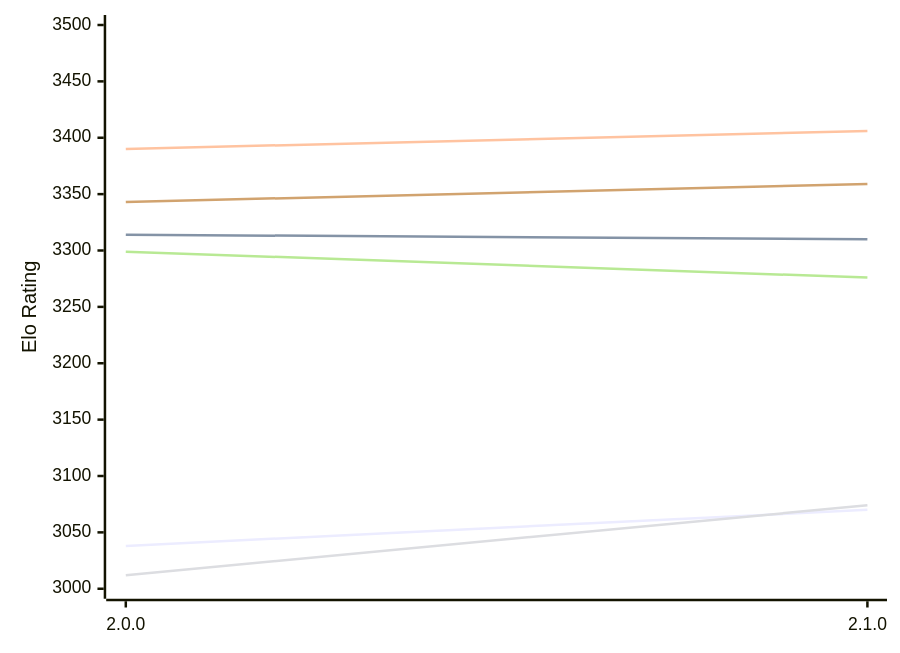
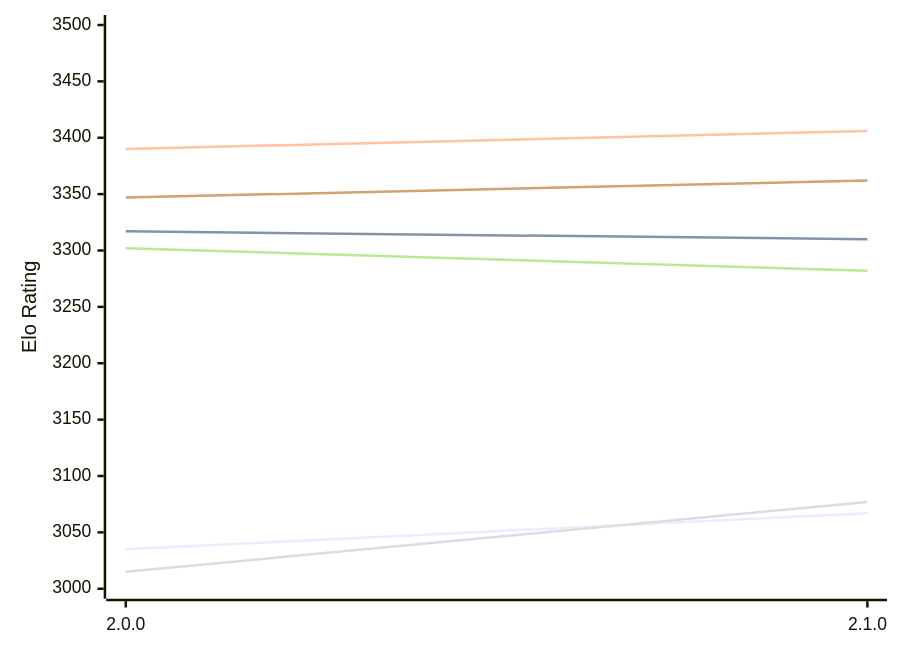
One commit to computer-chess-index/cci changed the diagram in engines/Sapling.md. Above: the diagram before and after it, drawn with Mermaid. The commit also changed other lines of this file, not shown here.

Commit message:
Update CCI Ratings (ELO VLTC) - 2026-11-24

````diff
--- a/engines/Sapling.md
+++ b/engines/Sapling.md
@@ -49,12 +49,12 @@
 ```mermaid
 %%{init: {"theme":"base","themeVariables":{"seriesColors:['#a3a3a3','#222221','#faa371']}}}%%
 xychart-beta
   x-axis ["2.0.0", "2.1.0"]
   y-axis "Elo Rating" 3000 --> 3500
-  line "E1: STC (8.0+0.08s)" [3038, 3070]
-  line "E1: LTC (60.0+0.60s)" [3314, 3310]
+  line "E1: STC (8.0+0.08s)" [3035, 3067]
+  line "E1: LTC (60.0+0.60s)" [3317, 3310]
   line "E1: VLTC (2m24s+1.12s)" [3390, 3406]
-  line "P1: STC (8.0+0.08s)" [3012, 3074]
-  line "P1: LTC (60.0+0.60s)" [3299, 3276]
-  line "P1: VLTC (2m24s+1.12s)" [3343, 3359]
+  line "P1: STC (8.0+0.08s)" [3015, 3077]
+  line "P1: LTC (60.0+0.60s)" [3302, 3282]
+  line "P1: VLTC (2m24s+1.12s)" [3347, 3362]
 ```
````
